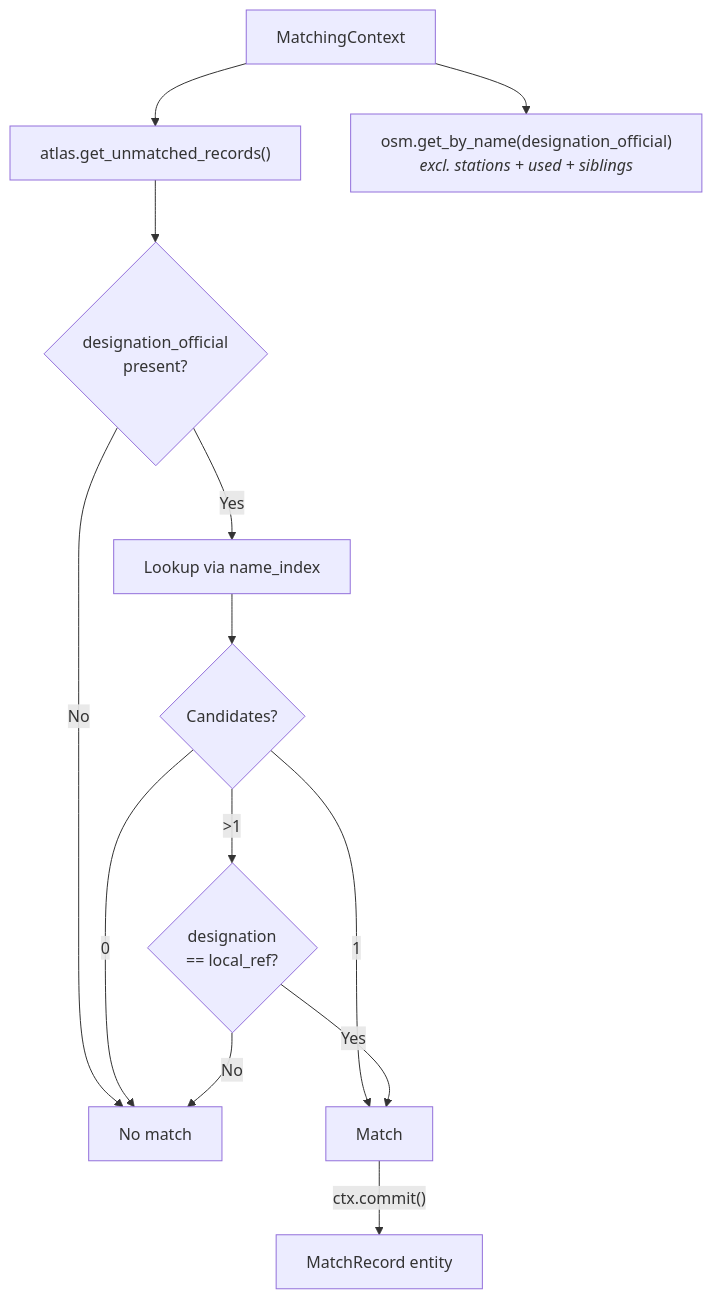
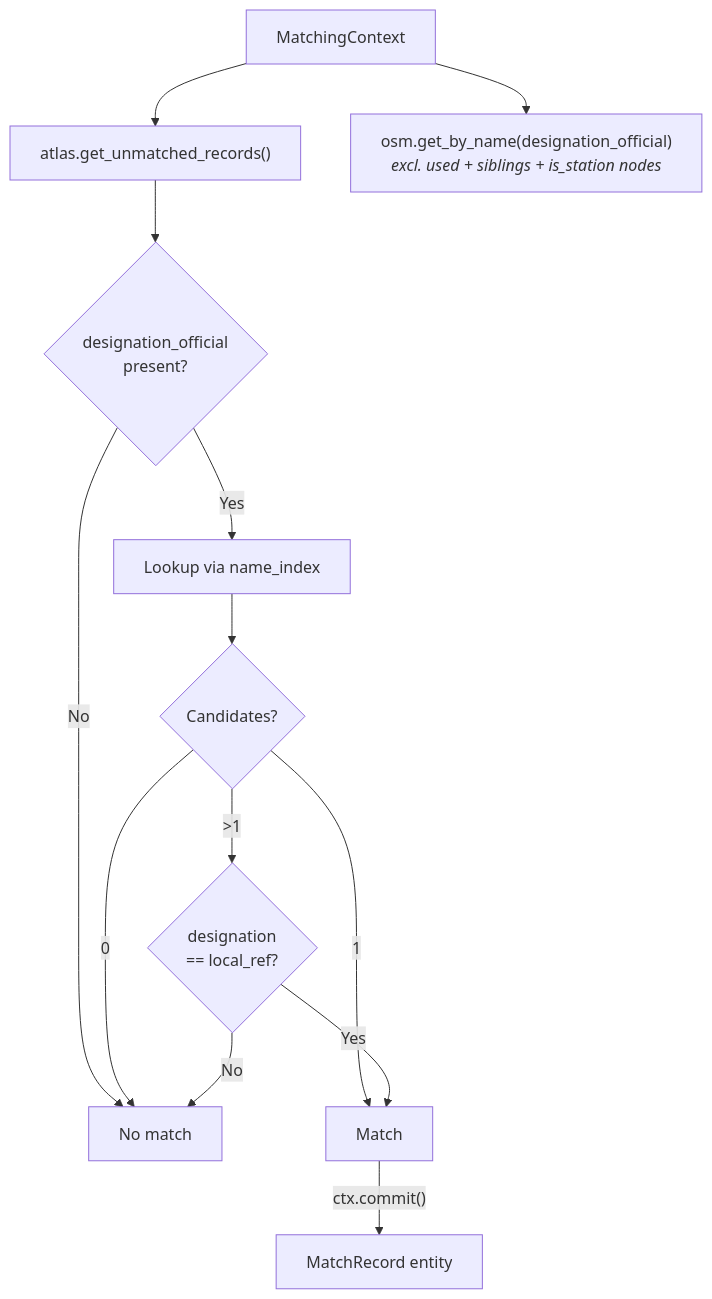
The diagram in documentation/2.2 Name matching.md (openTdataCH/stop_sync_osm_atlas), drawn with Mermaid before and after one commit. The commit also changed other lines of this file and 23 other files, not shown here.

````diff
--- a/documentation/2.2 Name matching.md
+++ b/documentation/2.2 Name matching.md
@@ -5,15 +5,15 @@
 ```mermaid
 flowchart TB
     CTX["MatchingContext"] --> UA["atlas.get_unmatched_records()"]
-    CTX --> OSM["osm.get_by_name(designation_official)<br/><i>excl. stations + used + siblings</i>"]
+    CTX --> OSM["osm.get_by_name(designation_official)<br/><i>excl. used + siblings + is_station nodes</i>"]
     UA --> Z{"designation_official<br/>present?"}
     Z -->|No| X["No match"]
     Z -->|Yes| K["Lookup via name_index"]
     K --> S{"Candidates?"}
     S -->|0| X
     S -->|1| M["Match"]
     S -->|">1"| D{"designation<br/>== local_ref?"}
     D -->|Yes| M
     D -->|No| X
     M -->|"ctx.commit()"| OUT["MatchRecord entity"]
 ```
````
